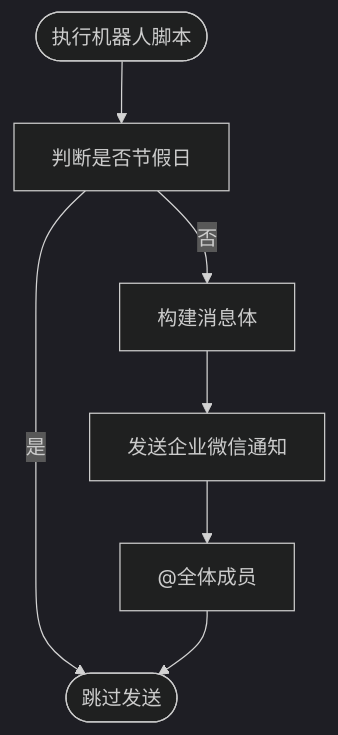
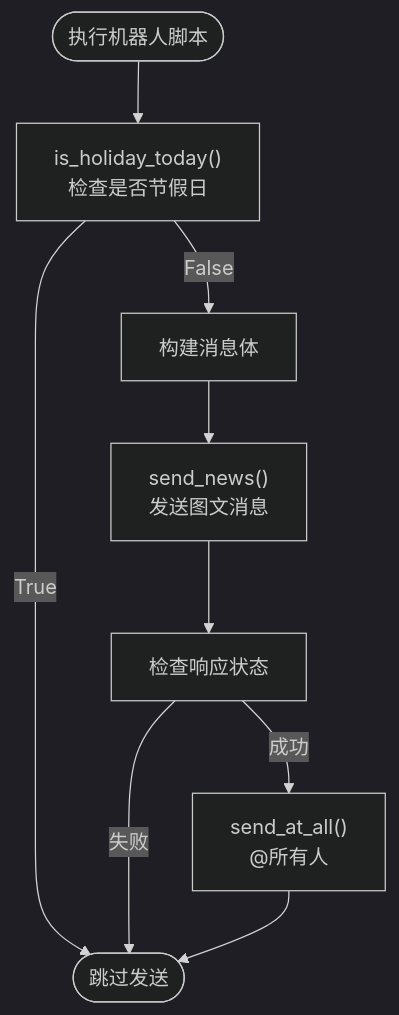
Before and after one commit to liximing1-ola/qa-payTest: the sixth of 7 diagrams in .qoder/repowiki/zh/content/测试工具与脚本/辅助脚本工具.md, drawn with Mermaid (dark theme). The commit also changed other lines of this file and 5 other files, not shown here.

````diff
--- a/.qoder/repowiki/zh/content/测试工具与脚本/辅助脚本工具.md
+++ b/.qoder/repowiki/zh/content/测试工具与脚本/辅助脚本工具.md
@@ -289,9 +291,11 @@
 ```mermaid
 flowchart TD
-Start(["执行机器人脚本"]) --> Holiday["判断是否节假日"]
-Holiday --> |是| End(["跳过发送"])
-Holiday --> |否| BuildMsg["构建消息体"]
-BuildMsg --> Send["发送企业微信通知"]
-Send --> Mention["@全体成员"]
-Mention --> End
+Start(["执行机器人脚本"]) --> Holiday["is_holiday_today()<br/>检查是否节假日"]
+Holiday --> |True| End(["跳过发送"])
+Holiday --> |False| BuildMsg["构建消息体"]
+BuildMsg --> SendNews["send_news()<br/>发送图文消息"]
+SendNews --> CheckRes["检查响应状态"]
+CheckRes --> |成功| SendAtAll["send_at_all()<br/>@所有人"]
+CheckRes --> |失败| End
+SendAtAll --> End
 ```
````
